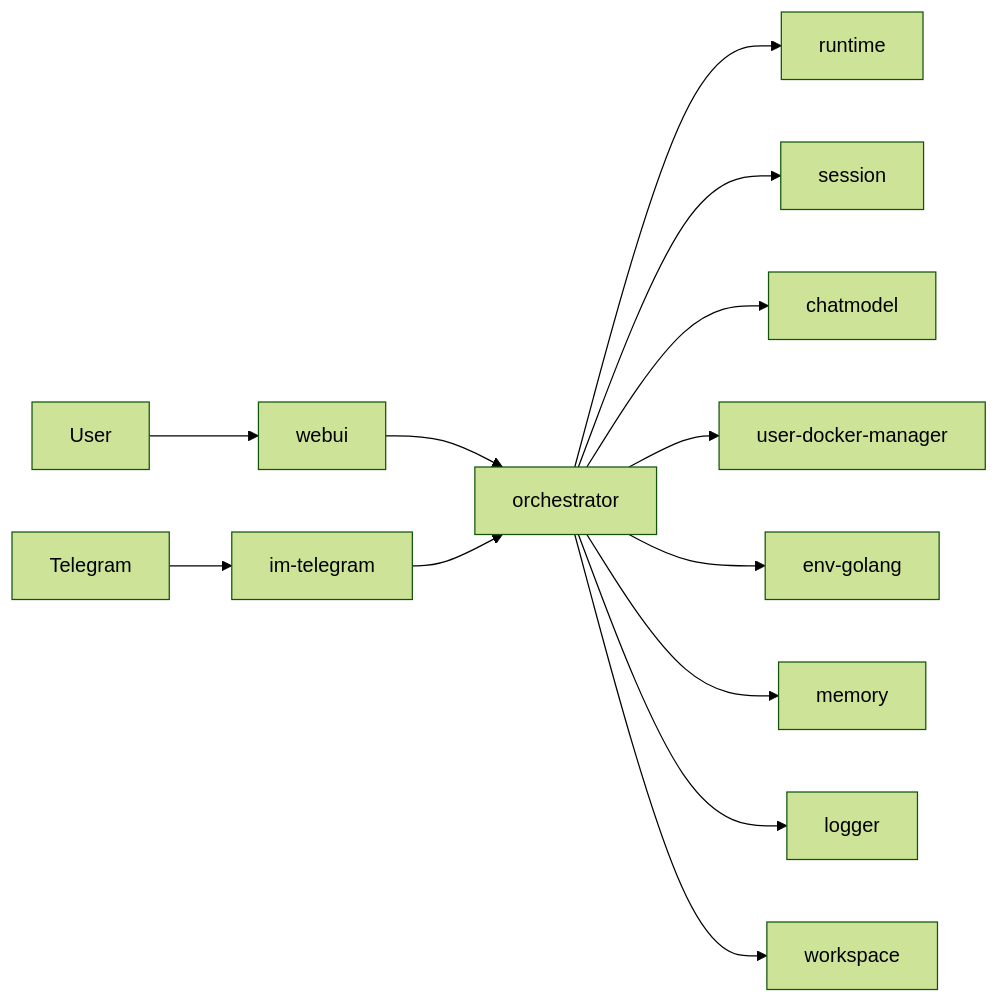
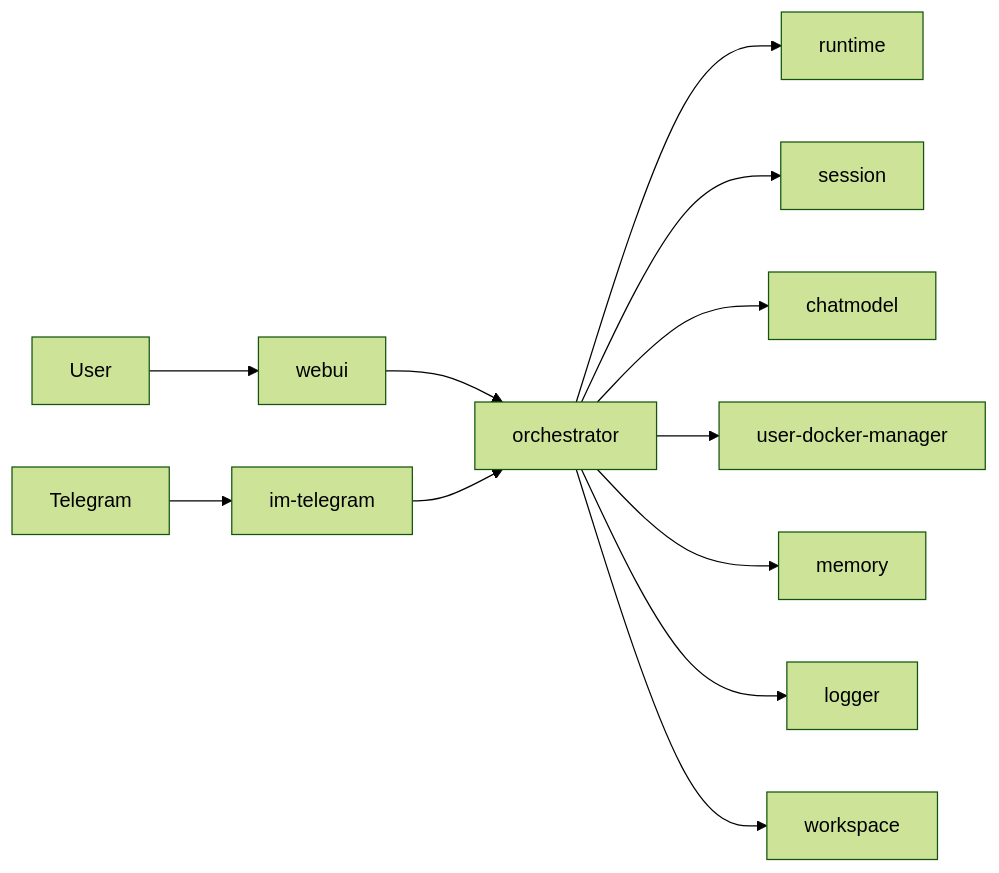
One commit to WhaleMesh/WhaleBot changed the diagram in README.en.md. Above: the diagram before and after it, drawn with Mermaid (forest theme). The commit also changed other lines of this file and 22 other files, not shown here.

````diff
--- a/README.en.md
+++ b/README.en.md
@@ -18,15 +18,14 @@
 ```mermaid
 flowchart LR
   user["User"] --> webui["webui"]
   tg["Telegram"] --> imTelegram["im-telegram"]
   webui --> orchestrator["orchestrator"]
   imTelegram --> orchestrator
   orchestrator --> runtime["runtime"]
   orchestrator --> session["session"]
   orchestrator --> chatmodel["chatmodel"]
   orchestrator --> toolDocker["user-docker-manager"]
-  orchestrator --> envGolang["env-golang"]
   orchestrator --> memory["memory"]
   orchestrator --> logger["logger"]
   orchestrator --> workspace["workspace"]
 ```
````
